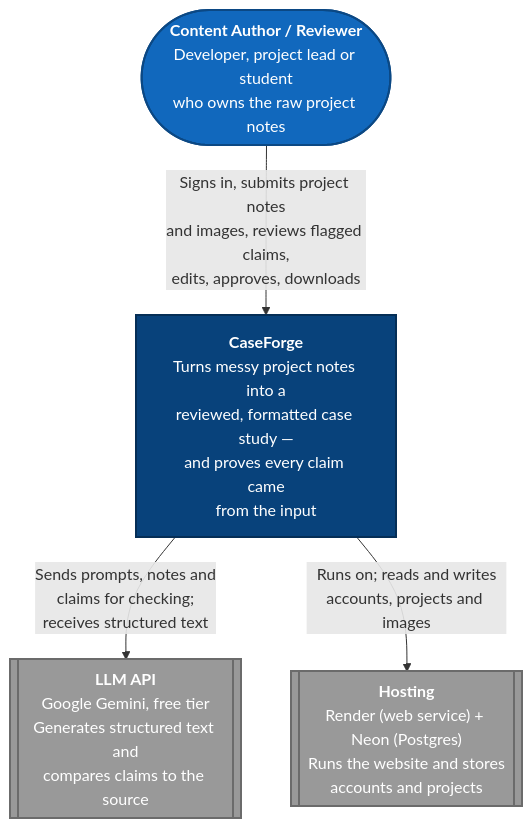
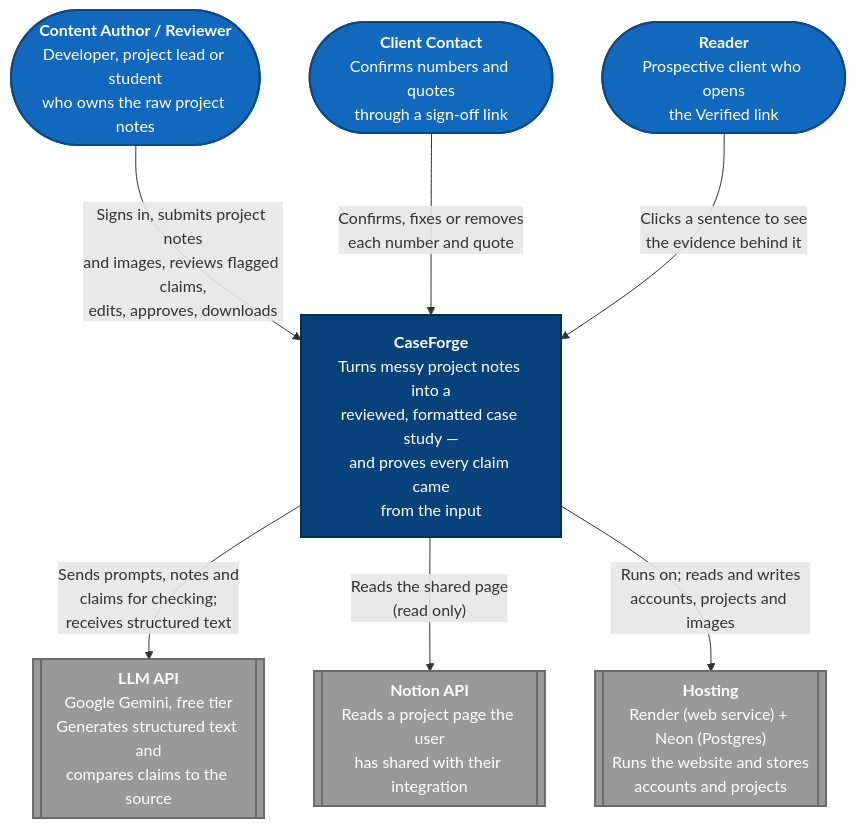
The diagram in docs/c4-context.md (RainHardi/CaseForge), drawn with Mermaid before and after one commit. The commit also changed other lines of this file and 12 other files, not shown here.

````diff
--- a/docs/c4-context.md
+++ b/docs/c4-context.md
@@ -12,22 +12,29 @@
 ```mermaid
 flowchart TB
     User(["<b>Content Author / Reviewer</b><br/>Developer, project lead or student<br/>who owns the raw project notes"])
+    Client(["<b>Client Contact</b><br/>Confirms numbers and quotes<br/>through a sign-off link"])
+    Reader(["<b>Reader</b><br/>Prospective client who opens<br/>the Verified link"])
 
     System["<b>CaseForge</b><br/>Turns messy project notes into a<br/>reviewed, formatted case study —<br/>and proves every claim came<br/>from the input"]
 
     LLM[["<b>LLM API</b><br/>Google Gemini, free tier<br/>Generates structured text and<br/>compares claims to the source"]]
 
+    Notion[["<b>Notion API</b><br/>Reads a project page the user<br/>has shared with their integration"]]
+
     Host[["<b>Hosting</b><br/>Render (web service) + Neon (Postgres)<br/>Runs the website and stores<br/>accounts and projects"]]
 
     User -- "Signs in, submits project notes<br/>and images, reviews flagged claims,<br/>edits, approves, downloads" --> System
     System -- "Sends prompts, notes and<br/>claims for checking;<br/>receives structured text" --> LLM
+    Client -- "Confirms, fixes or removes<br/>each number and quote" --> System
+    Reader -- "Clicks a sentence to see<br/>the evidence behind it" --> System
+    System -- "Reads the shared page<br/>(read only)" --> Notion
     System -- "Runs on; reads and writes<br/>accounts, projects and images" --> Host
 
     classDef person fill:#1168bd,color:#fff,stroke:#0b4884,stroke-width:2px
     classDef system fill:#08427b,color:#fff,stroke:#052e56,stroke-width:2px
     classDef external fill:#999999,color:#fff,stroke:#6b6b6b,stroke-width:2px
 
-    class User person
+    class User,Client,Reader person
     class System system
-    class LLM,Host external
+    class LLM,Notion,Host external
 ```
````
